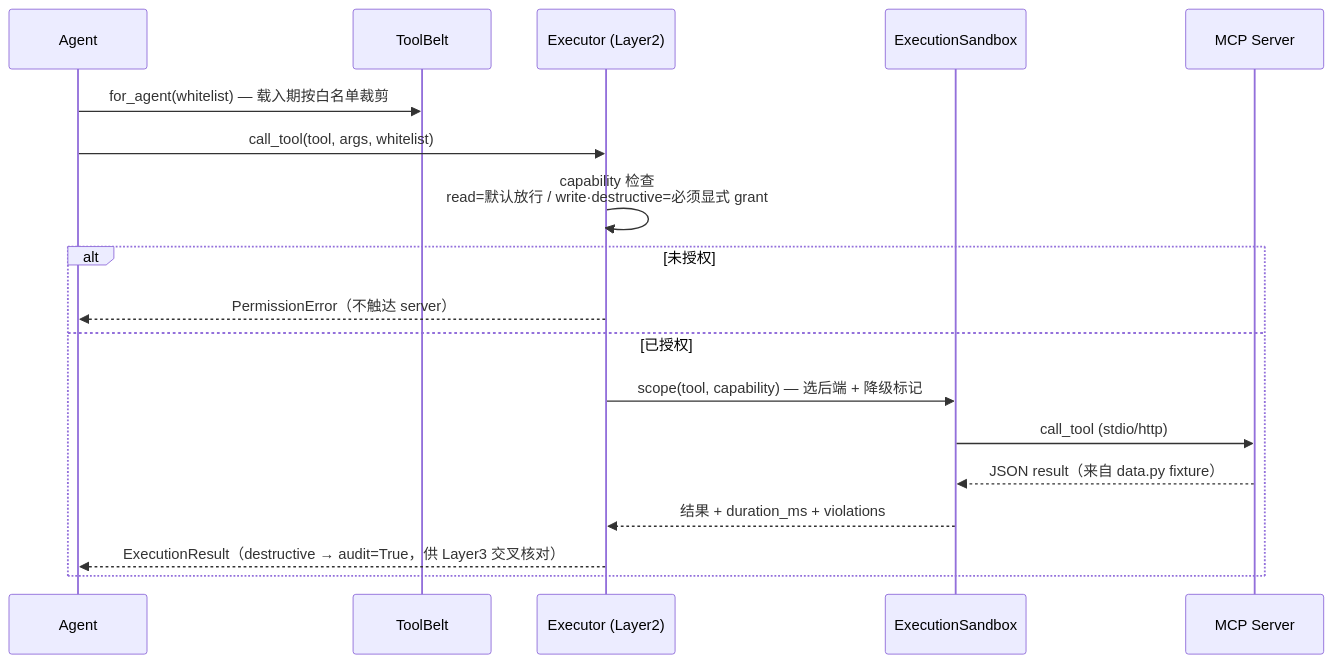
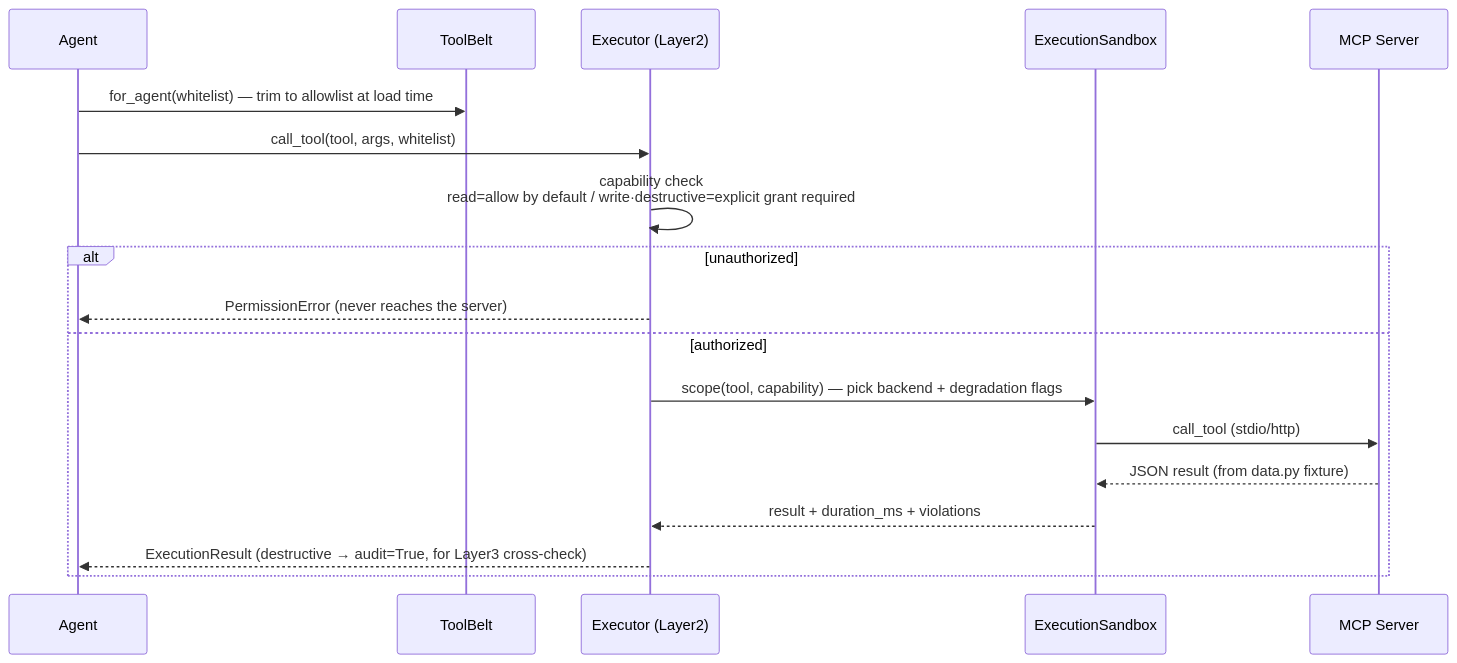
One commit to AndyUneducated/resolve-ai changed the second of 2 diagrams in packages/mcp-servers/README.md. Above: the diagram before and after it, drawn with Mermaid. The commit also changed other lines of this file and 79 other files, not shown here.

````diff
--- a/packages/mcp-servers/README.md
+++ b/packages/mcp-servers/README.md
@@ -33,20 +33,20 @@
 ```mermaid
 sequenceDiagram
     participant A as Agent
     participant TB as ToolBelt
     participant EX as Executor (Layer2)
     participant SB as ExecutionSandbox
     participant SRV as MCP Server
-    A->>TB: for_agent(whitelist) — 载入期按白名单裁剪
+    A->>TB: for_agent(whitelist) — trim to allowlist at load time
     A->>EX: call_tool(tool, args, whitelist)
-    EX->>EX: capability 检查<br/>read=默认放行 / write·destructive=必须显式 grant
-    alt 未授权
-        EX-->>A: PermissionError（不触达 server）
-    else 已授权
-        EX->>SB: scope(tool, capability) — 选后端 + 降级标记
+    EX->>EX: capability check<br/>read=allow by default / write·destructive=explicit grant required
+    alt unauthorized
+        EX-->>A: PermissionError (never reaches the server)
+    else authorized
+        EX->>SB: scope(tool, capability) — pick backend + degradation flags
         SB->>SRV: call_tool (stdio/http)
-        SRV-->>SB: JSON result（来自 data.py fixture）
-        SB-->>EX: 结果 + duration_ms + violations
-        EX-->>A: ExecutionResult（destructive → audit=True，供 Layer3 交叉核对）
+        SRV-->>SB: JSON result (from data.py fixture)
+        SB-->>EX: result + duration_ms + violations
+        EX-->>A: ExecutionResult (destructive → audit=True, for Layer3 cross-check)
     end
 ```
````
